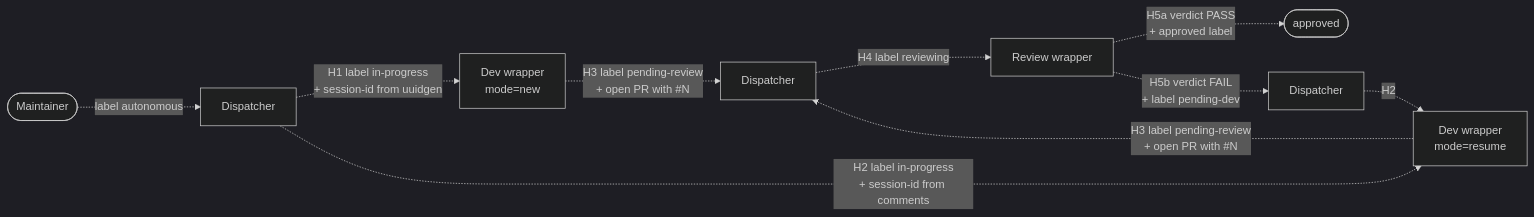
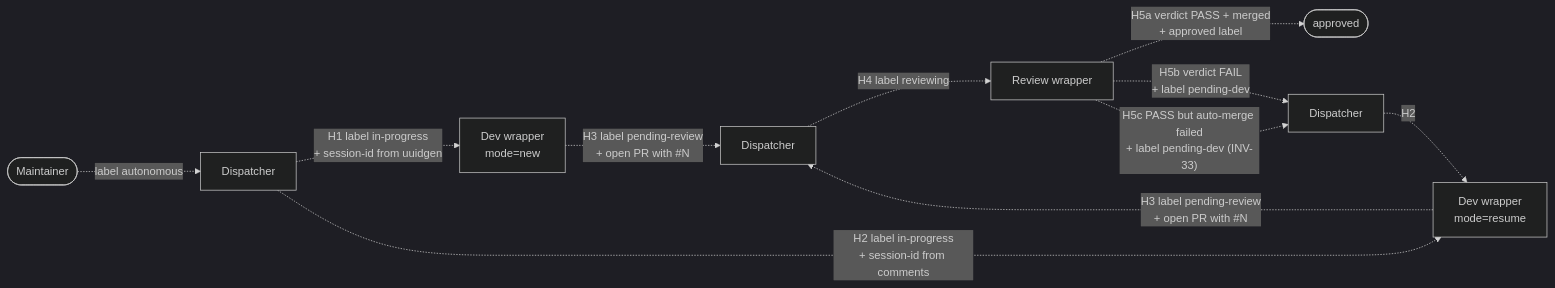
The diagram in docs/pipeline/handoffs.md (zxkane/autonomous-dev-team), drawn with Mermaid (dark theme) before and after one commit. The commit also changed other lines of this file and 10 other files, not shown here.

````diff
--- a/docs/pipeline/handoffs.md
+++ b/docs/pipeline/handoffs.md
@@ -9,12 +9,13 @@
 ```mermaid
 flowchart LR
     M([Maintainer]) -. label autonomous .-> Dis[Dispatcher]
     Dis -. H1 label in-progress<br/>+ session-id from uuidgen .-> DevN[Dev wrapper<br/>mode=new]
     Dis -. H2 label in-progress<br/>+ session-id from comments .-> DevR[Dev wrapper<br/>mode=resume]
     DevN -. H3 label pending-review<br/>+ open PR with #N .-> Dis2[Dispatcher]
     DevR -. H3 label pending-review<br/>+ open PR with #N .-> Dis2
     Dis2 -. H4 label reviewing .-> Rev[Review wrapper]
-    Rev -. H5a verdict PASS<br/>+ approved label .-> done([approved])
+    Rev -. H5a verdict PASS + merged<br/>+ approved label .-> done([approved])
     Rev -. H5b verdict FAIL<br/>+ label pending-dev .-> Dis3[Dispatcher]
+    Rev -. H5c PASS but auto-merge failed<br/>+ label pending-dev (INV-33) .-> Dis3
     Dis3 -. H2 .-> DevR
 ```
````
